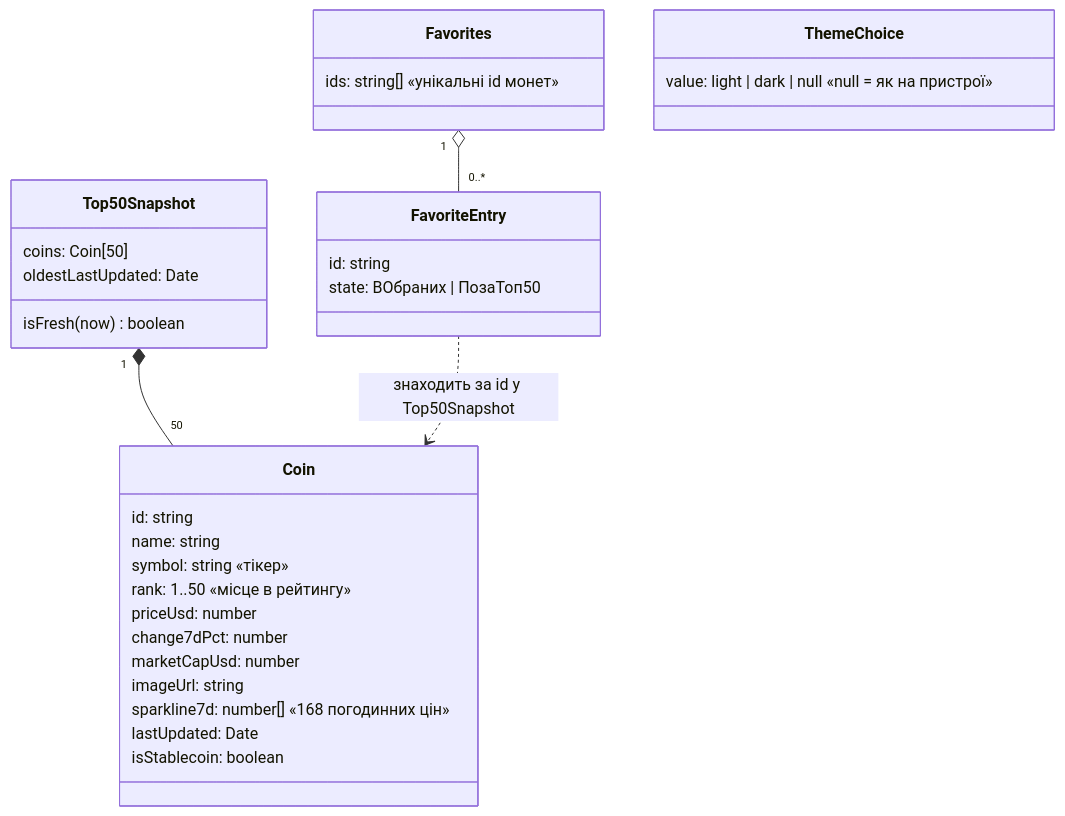
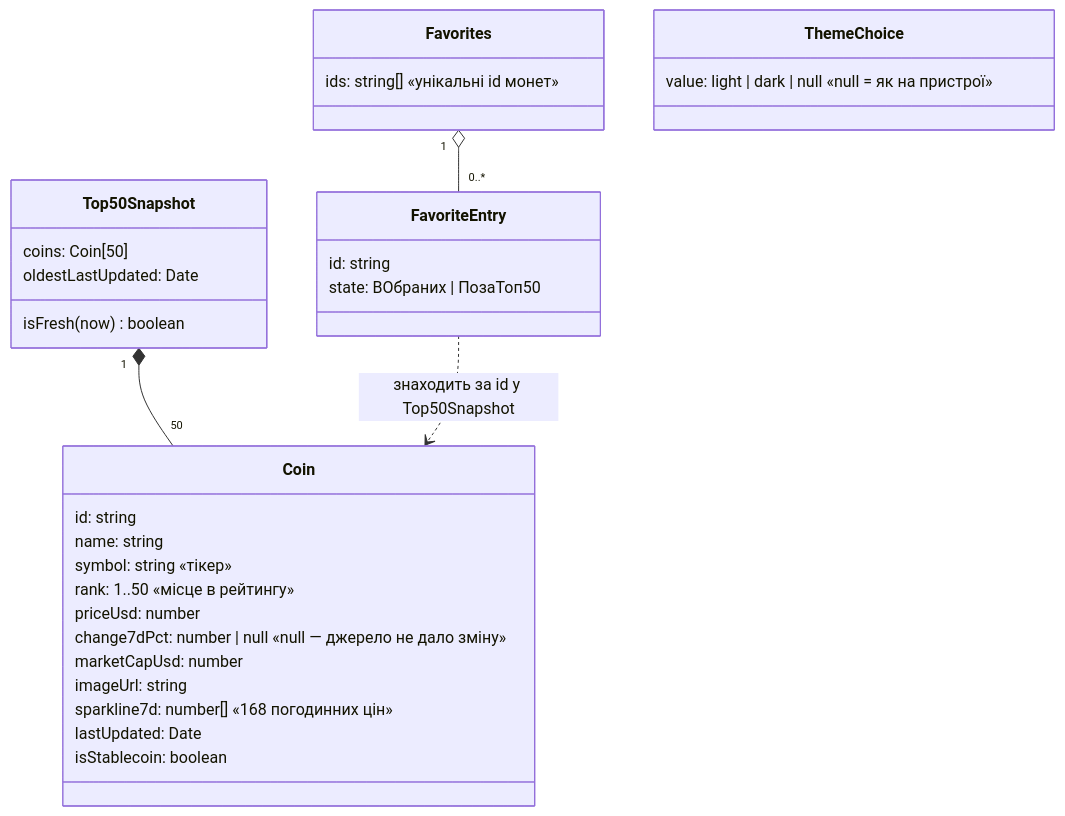
Before and after one commit to ivangithubed/crypto-radar: the third of 6 diagrams in .agentic/specs/03-architecture.md, drawn with Mermaid. The commit also changed other lines of this file and 4 other files, not shown here.

````diff
--- a/.agentic/specs/03-architecture.md
+++ b/.agentic/specs/03-architecture.md
@@ -128,34 +128,34 @@
 ```mermaid
 classDiagram
     class Coin {
       id: string
       name: string
       symbol: string  «тікер»
       rank: 1..50  «місце в рейтингу»
       priceUsd: number
-      change7dPct: number
+      change7dPct: number | null  «null — джерело не дало зміну»
       marketCapUsd: number
       imageUrl: string
       sparkline7d: number[]  «168 погодинних цін»
       lastUpdated: Date
       isStablecoin: boolean
     }
     class Top50Snapshot {
       coins: Coin[50]
       oldestLastUpdated: Date
       isFresh(now) boolean
     }
     class Favorites {
       ids: string[]  «унікальні id монет»
     }
     class FavoriteEntry {
       id: string
       state: ВОбраних | ПозаТоп50
     }
     class ThemeChoice {
       value: light | dark | null  «null = як на пристрої»
     }
     Top50Snapshot "1" *-- "50" Coin
     Favorites "1" o-- "0..*" FavoriteEntry
     FavoriteEntry ..> Coin : знаходить за id у Top50Snapshot
 ```
````
